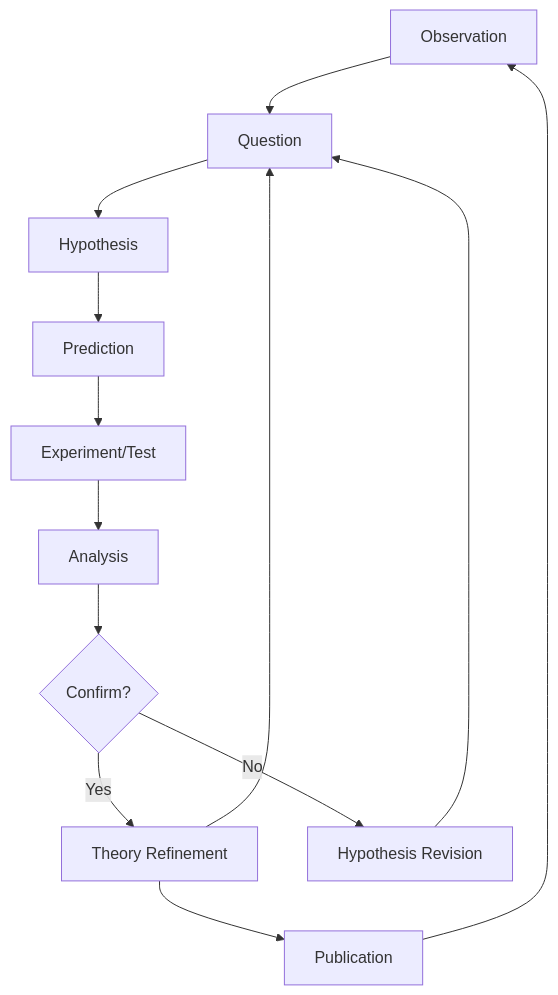
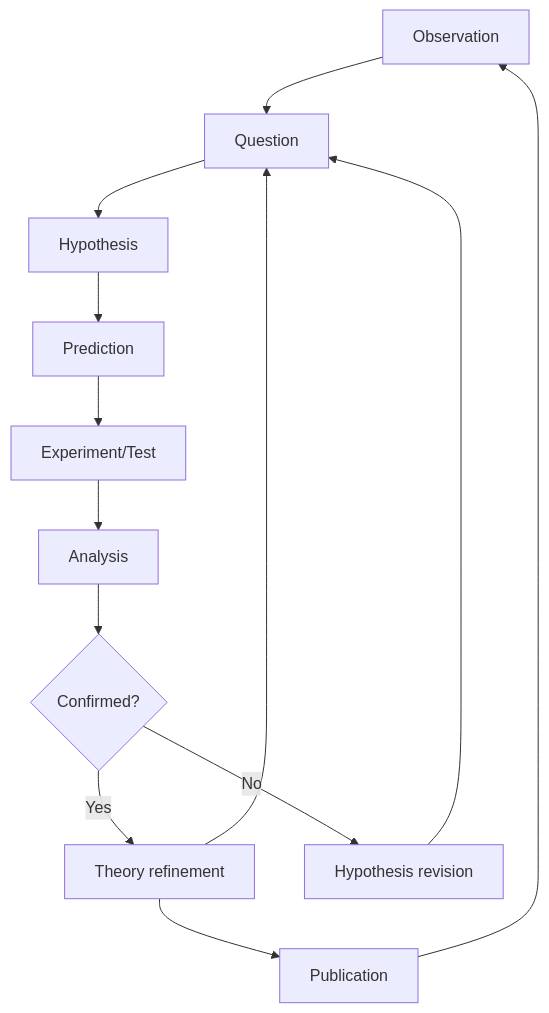
The second of 5 diagrams in 01_BSc_Physics/electives/PHYS_3090X_Directed_Studies_II/README.md (yip-lgtm/PhysicsSelfStudy), drawn with Mermaid before and after one commit. The commit also changed other lines of this file and 17 other files, not shown here.

````diff
--- a/01_BSc_Physics/electives/PHYS_3090X_Directed_Studies_II/README.md
+++ b/01_BSc_Physics/electives/PHYS_3090X_Directed_Studies_II/README.md
@@ -224,15 +555,15 @@
 ```mermaid
 graph TD
     A[Observation] --> B[Question]
     B --> C[Hypothesis]
     C --> D[Prediction]
     D --> E[Experiment/Test]
     E --> F[Analysis]
-    F --> G{Confirm?}
-    G -->|Yes| H[Theory Refinement]
-    G -->|No| I[Hypothesis Revision]
+    F --> G{Confirmed?}
+    G -->|Yes| H[Theory refinement]
+    G -->|No| I[Hypothesis revision]
     H --> B
     I --> B
     H --> J[Publication]
     J --> A
 ```
````
